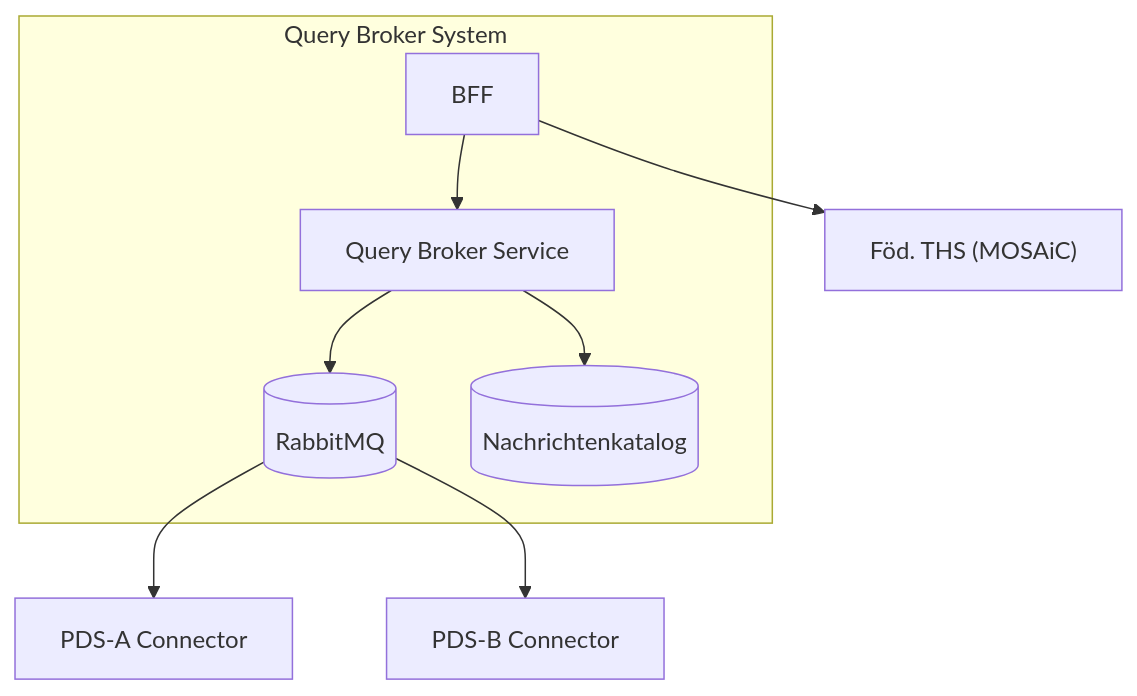
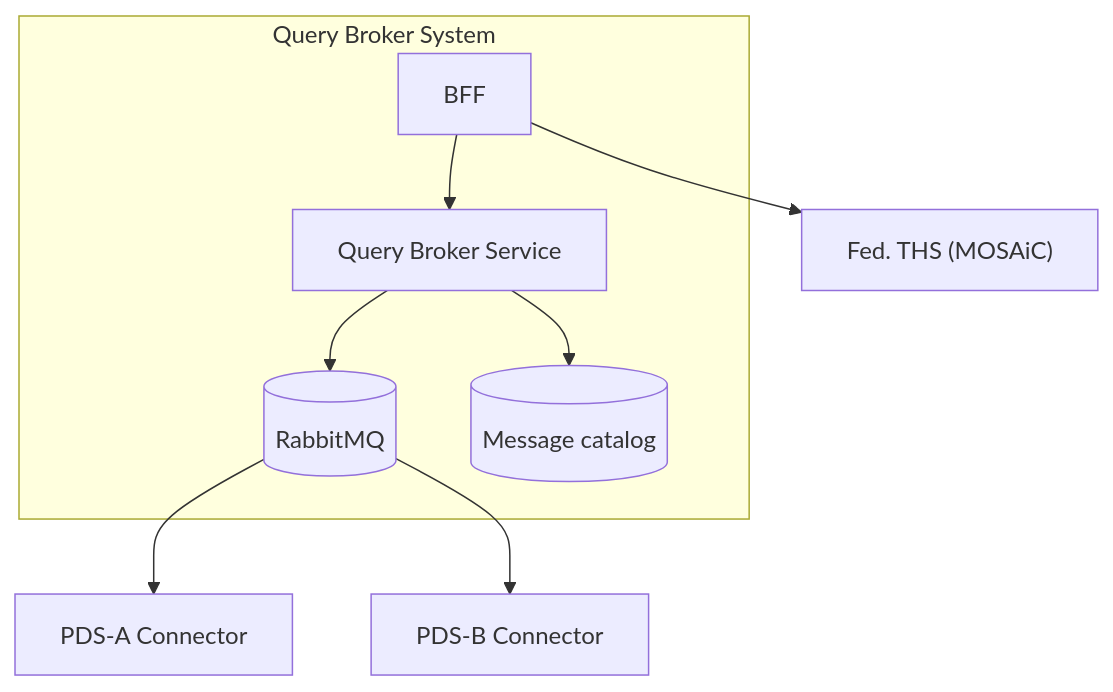
One commit to forschungsgruppe-digital-health/pds-query-broker changed the third of 9 diagrams in docs/ARCHITECTURE.md. Above: the diagram before and after it, drawn with Mermaid. The commit also changed other lines of this file and 40 other files, not shown here.

````diff
--- a/docs/ARCHITECTURE.md
+++ b/docs/ARCHITECTURE.md
@@ -155,19 +155,19 @@
 ```mermaid
 graph TB
     subgraph "Query Broker System"
         BFF["BFF"]
         BROKER["Query Broker Service"]
         MQ[("RabbitMQ")]
-        CATALOG[("Nachrichtenkatalog")]
+        CATALOG[("Message catalog")]
     end
 
-    FTHS["Föd. THS (MOSAiC)"]
+    FTHS["Fed. THS (MOSAiC)"]
     CONN_A["PDS-A Connector"]
     CONN_B["PDS-B Connector"]
 
     BFF --> BROKER --> MQ
     BROKER --> CATALOG
     MQ --> CONN_A
     MQ --> CONN_B
     BFF --> FTHS
 ```
````
